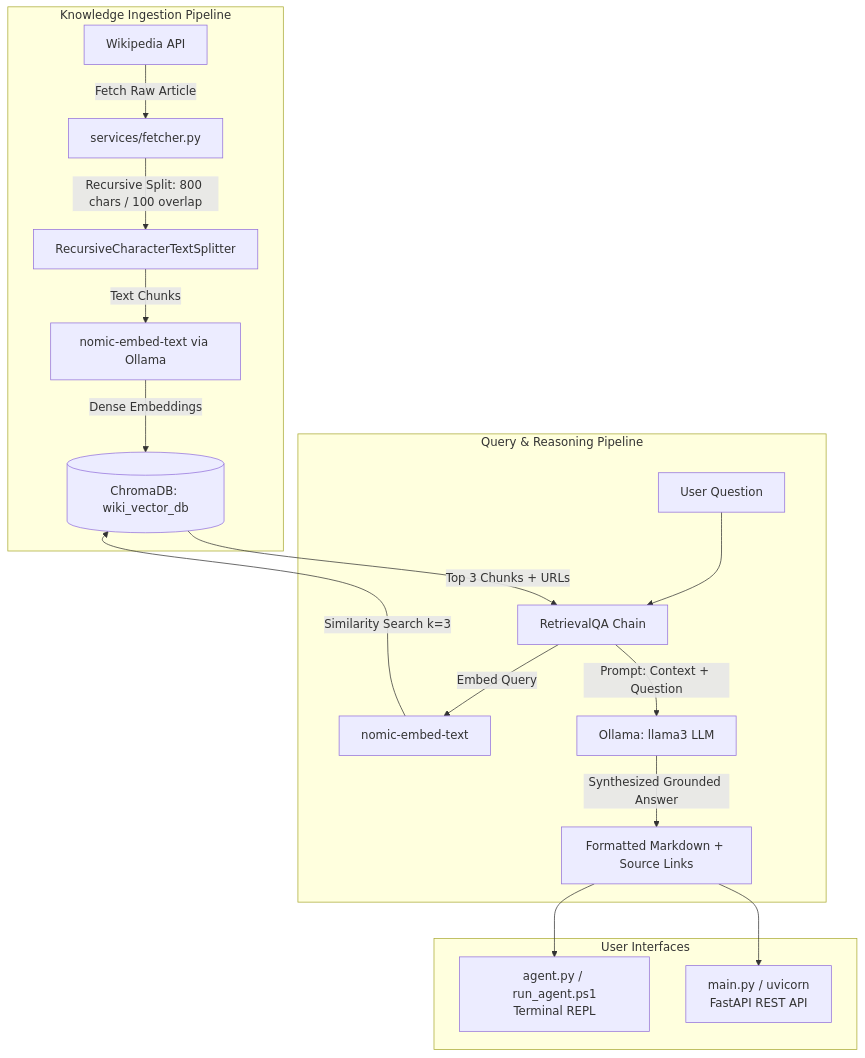
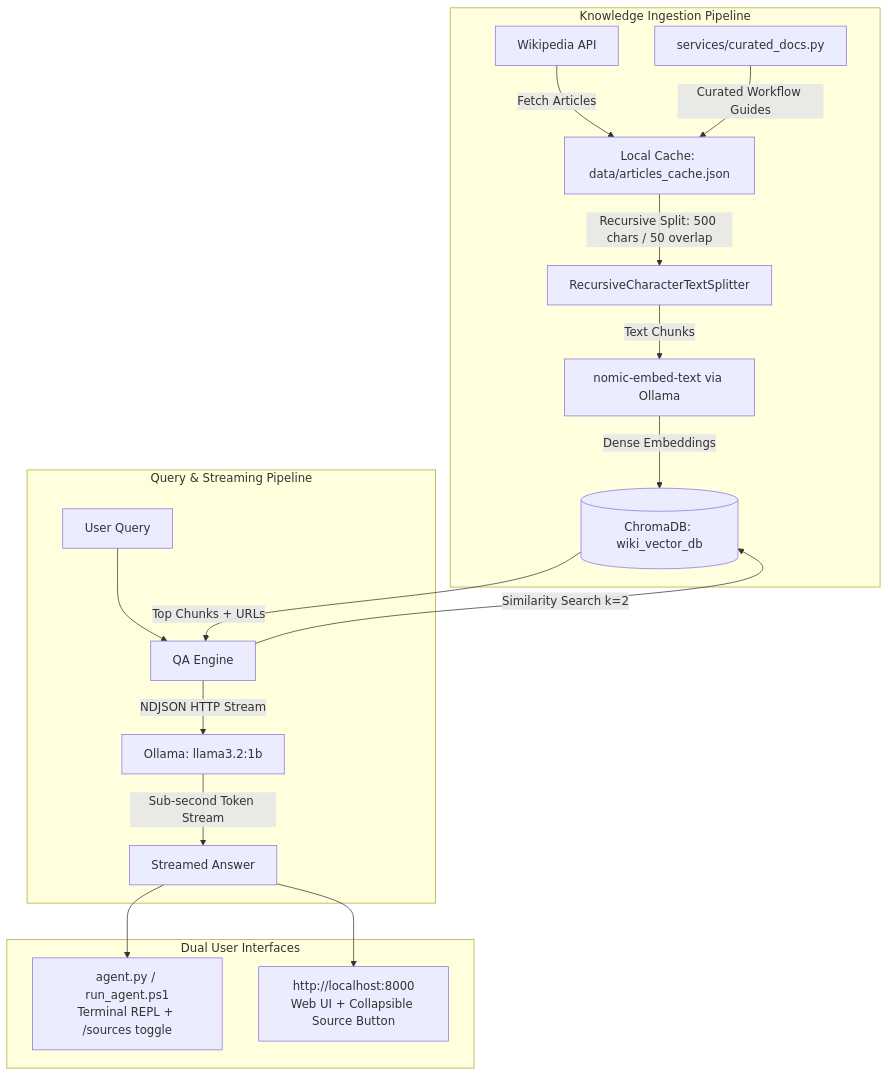
Before and after one commit to suhail3116/RAG-Guide: the diagram in README.md, drawn with Mermaid. The commit also changed other lines of this file and 25 other files, not shown here.

Commit message:
Initial commit: WikiAgent local technical RAG chatbot with Web & Terminal CLI interfaces

````diff
--- a/README.md
+++ b/README.md
@@ -29,23 +79,23 @@
 ```mermaid
 flowchart TD
     subgraph Ingestion ["Knowledge Ingestion Pipeline"]
-        W[Wikipedia API] -->|Fetch Raw Article| F[services/fetcher.py]
-        F -->|Recursive Split: 800 chars / 100 overlap| S[RecursiveCharacterTextSplitter]
+        W[Wikipedia API] -->|Fetch Articles| C[Local Cache: data/articles_cache.json]
+        G[services/curated_docs.py] -->|Curated Workflow Guides| C
+        C -->|Recursive Split: 500 chars / 50 overlap| S[RecursiveCharacterTextSplitter]
         S -->|Text Chunks| E[nomic-embed-text via Ollama]
-        E -->|Dense Embeddings| C[(ChromaDB: wiki_vector_db)]
+        E -->|Dense Embeddings| V[(ChromaDB: wiki_vector_db)]
     end
 
-    subgraph Query ["Query & Reasoning Pipeline"]
-        U[User Question] --> Q[RetrievalQA Chain]
-        Q -->|Embed Query| E2[nomic-embed-text]
-        E2 -->|Similarity Search k=3| C
-        C -->|Top 3 Chunks + URLs| Q
-        Q -->|Prompt: Context + Question| L[Ollama: llama3 LLM]
-        L -->|Synthesized Grounded Answer| Out[Formatted Markdown + Source Links]
+    subgraph Query ["Query & Streaming Pipeline"]
+        U[User Query] --> Q[QA Engine]
+        Q -->|Similarity Search k=2| V
+        V -->|Top Chunks + URLs| Q
+        Q -->|NDJSON HTTP Stream| L[Ollama: llama3.2:1b]
+        L -->|Sub-second Token Stream| Out[Streamed Answer]
     end
 
-    subgraph Interfaces ["User Interfaces"]
-        Out --> CLI[agent.py / run_agent.ps1\nTerminal REPL]
-        Out --> API[main.py / uvicorn\nFastAPI REST API]
+    subgraph Interfaces ["Dual User Interfaces"]
+        Out --> CLI[agent.py / run_agent.ps1\nTerminal REPL + /sources toggle]
+        Out --> WEB[http://localhost:8000\nWeb UI + Collapsible Source Button]
     end
 ```
````
